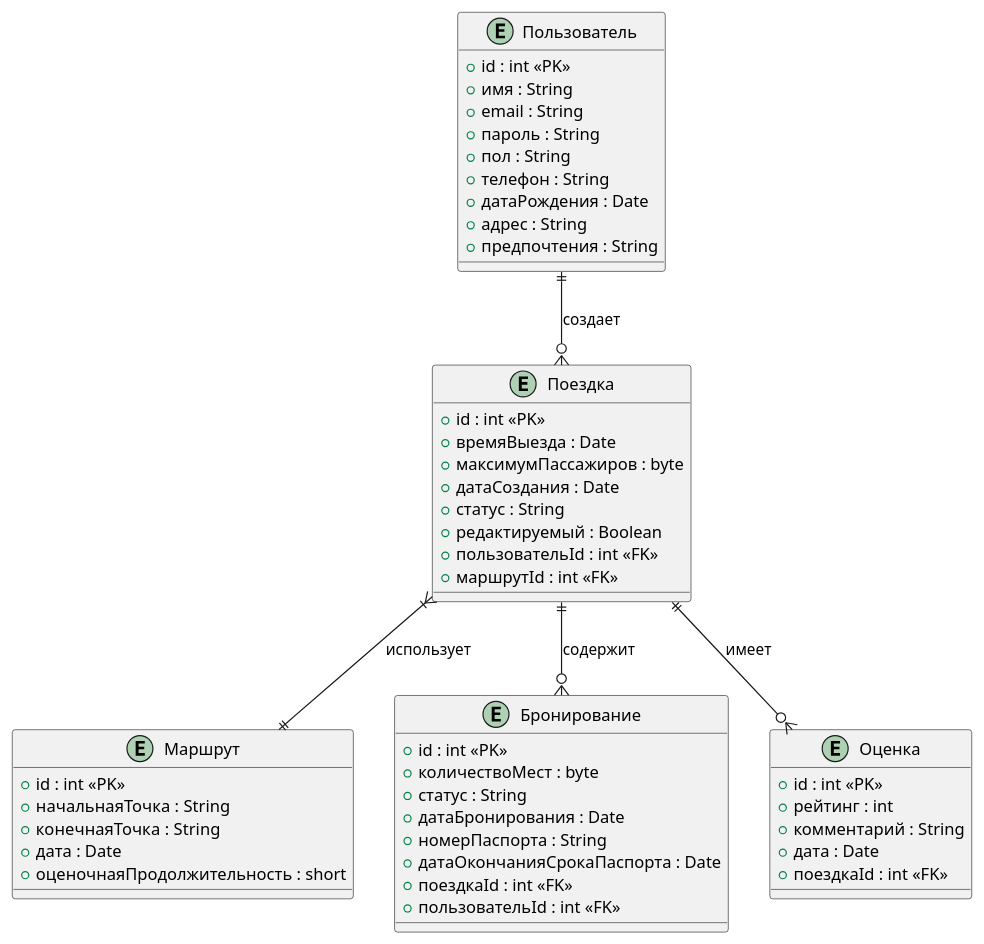
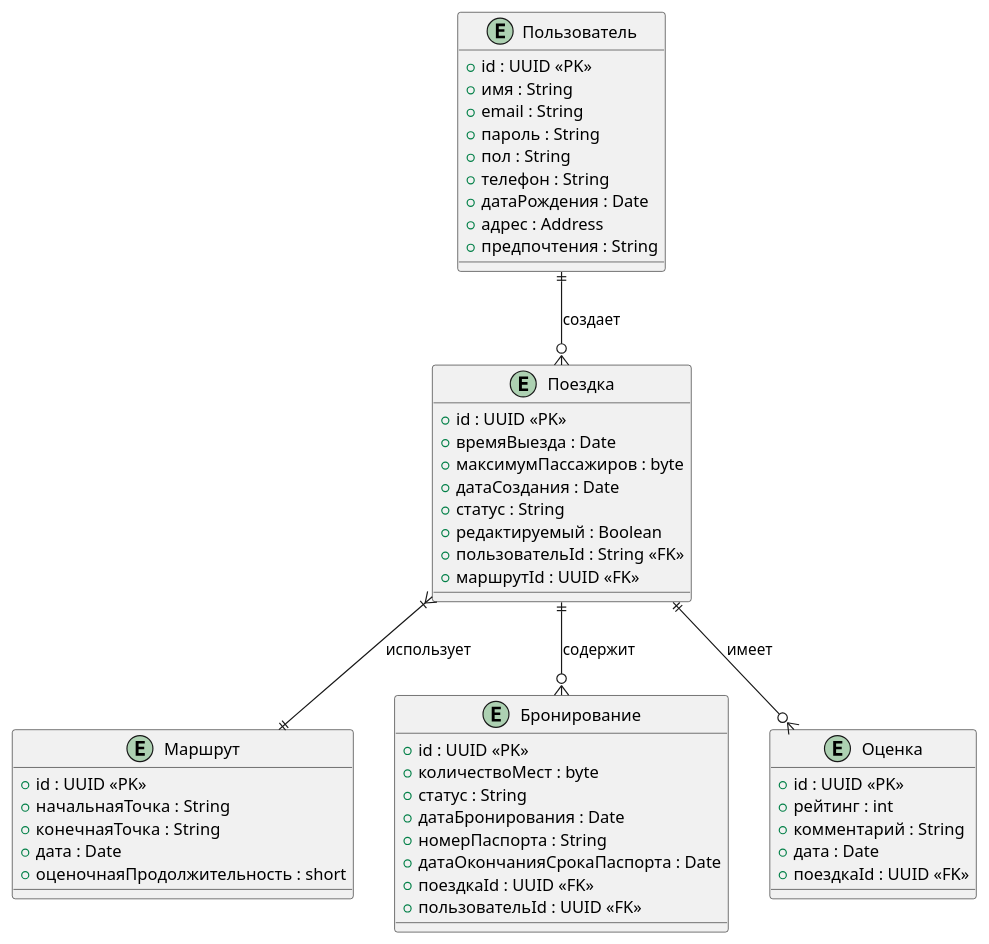
Before and after one commit to BUka228/CarPooling: the diagram in UML/DataBase.puml, drawn with PlantUML. The commit also changed 142 other files, not shown here.

```diff
--- a/UML/DataBase.puml
+++ b/UML/DataBase.puml
@@ -1,57 +1,57 @@
 @startuml
 entity Пользователь {
-    +id : int <<PK>>
+    +id : UUID <<PK>>
     +имя : String
     +email : String
     +пароль : String
     +пол : String
     +телефон : String
     +датаРождения : Date
-    +адрес : String
+    +адрес : Address
     +предпочтения : String
 }
 
 entity Поездка {
-    +id : int <<PK>>
+    +id : UUID <<PK>>
     +времяВыезда : Date
     +максимумПассажиров : byte
     +датаСоздания : Date
     +статус : String
     +редактируемый : Boolean
-    +пользовательId : int <<FK>>
-    +маршрутId : int <<FK>>
+    +пользовательId : String <<FK>>
+    +маршрутId : UUID <<FK>>
 }
 
 entity Маршрут {
-    +id : int <<PK>>
+    +id : UUID <<PK>>
     +начальнаяТочка : String
     +конечнаяТочка : String
     +дата : Date
     +оценочнаяПродолжительность : short
 }
 
 entity Бронирование {
-    +id : int <<PK>>
+    +id : UUID <<PK>>
     +количествоМест : byte
     +статус : String
     +датаБронирования : Date
     +номерПаспорта : String
     +датаОкончанияСрокаПаспорта : Date
-    +поездкаId : int <<FK>>
-    +пользовательId : int <<FK>>
+    +поездкаId : UUID <<FK>>
+    +пользовательId : UUID <<FK>>
 }
 
 entity Оценка {
-    +id : int <<PK>>
+    +id : UUID <<PK>>
     +рейтинг : int
     +комментарий : String
     +дата : Date
-    +поездкаId : int <<FK>>
+    +поездкаId : UUID <<FK>>
 }
 
 Пользователь ||--o{ Поездка : создает
 Поездка ||--o{ Бронирование : содержит
 Поездка ||--o{ Оценка : имеет
 Поездка }|--|| Маршрут : использует
 
 @enduml
```
